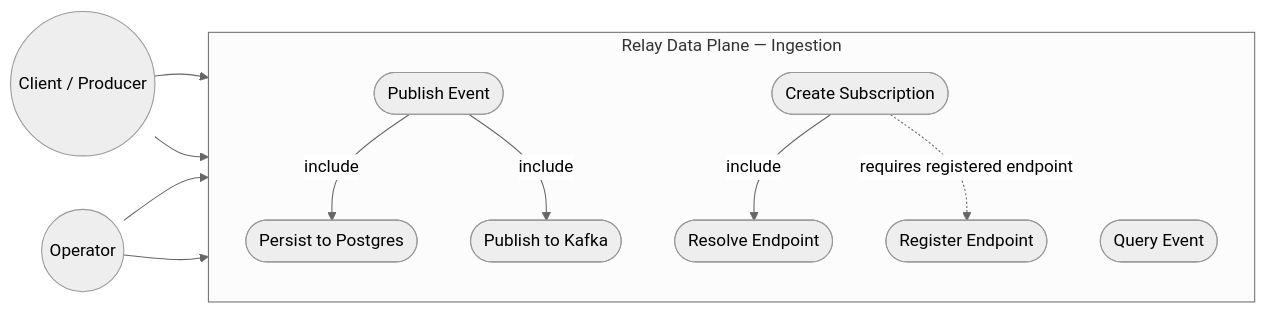
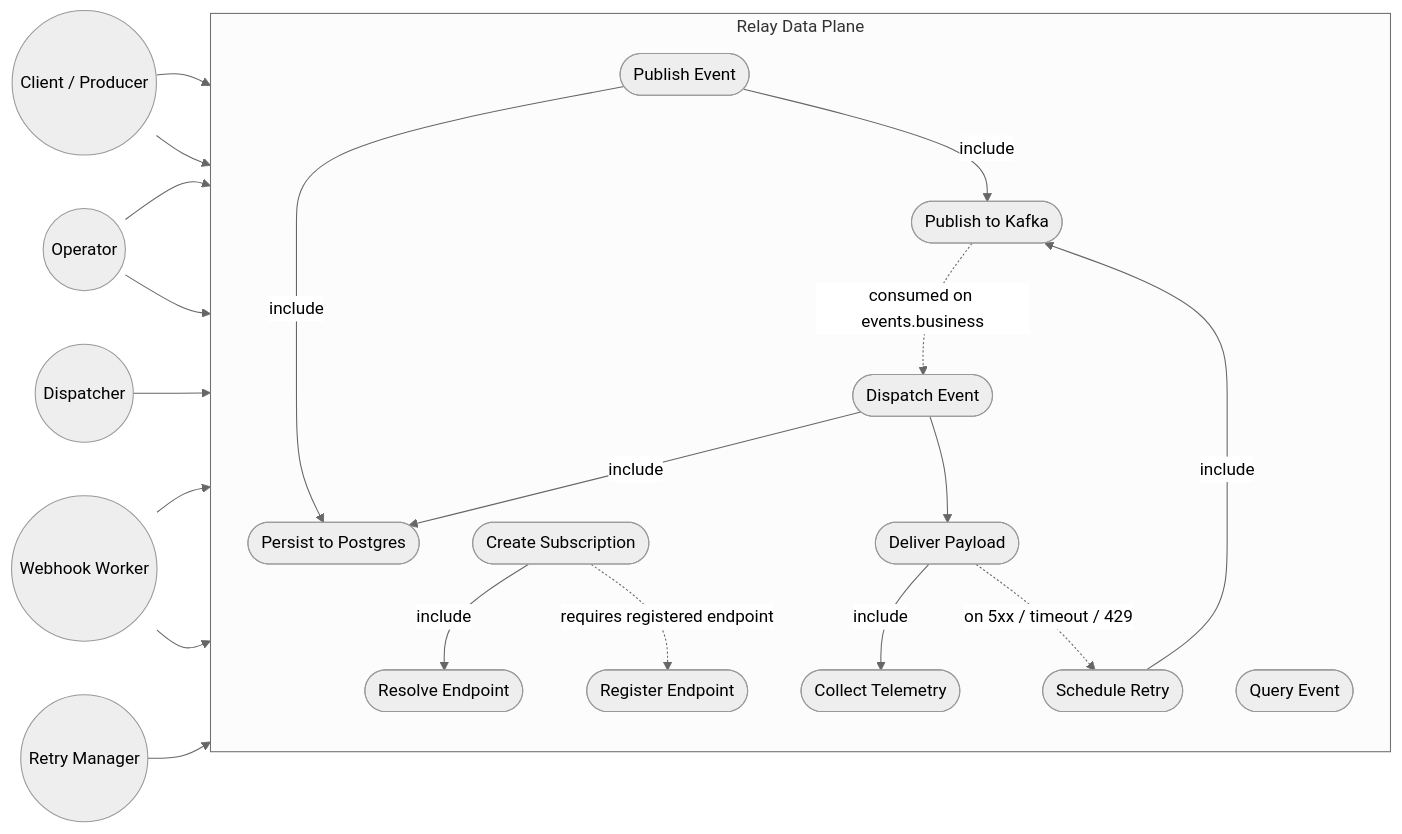
Before and after one commit to RelayForged/relayforge: the first of 2 diagrams in docs/Diagrams/use-case-diagram.md, drawn with Mermaid (neutral theme). The commit also changed other lines of this file and 2 other files, not shown here.

First line of the commit message:
docs: extend Data Plane diagrams for Week 3-4 delivery core

````diff
--- a/docs/Diagrams/use-case-diagram.md
+++ b/docs/Diagrams/use-case-diagram.md
@@ -10,26 +11,43 @@
 ```mermaid
 flowchart LR
     Client((Client / Producer))
     Operator((Operator))
+    Dispatcher((Dispatcher))
+    Worker((Webhook Worker))
+    RetryMgr((Retry Manager))
 
-    subgraph Relay["Relay Data Plane — Ingestion"]
+    subgraph Relay["Relay Data Plane"]
         direction TB
         Publish([Publish Event])
         Query([Query Event])
         RegisterEP([Register Endpoint])
         CreateSub([Create Subscription])
         Persist([Persist to Postgres])
         ToKafka([Publish to Kafka])
         ResolveEP([Resolve Endpoint])
+        Dispatch([Dispatch Event])
+        Deliver([Deliver Payload])
+        CollectTel([Collect Telemetry])
+        ScheduleRetry([Schedule Retry])
     end
 
     Client --> Publish
     Client --> Query
     Operator --> RegisterEP
     Operator --> CreateSub
+    Dispatcher --> Dispatch
+    Worker --> Deliver
+    Worker --> CollectTel
+    RetryMgr --> ScheduleRetry
 
     Publish -->|include| Persist
     Publish -->|include| ToKafka
     CreateSub -->|include| ResolveEP
     CreateSub -.->|requires registered endpoint| RegisterEP
+    ToKafka -.->|consumed on events.business| Dispatch
+    Dispatch -->|include| Persist
+    Dispatch --> Deliver
+    Deliver -->|include| CollectTel
+    Deliver -.->|on 5xx / timeout / 429| ScheduleRetry
+    ScheduleRetry -->|include| ToKafka
 ```
````
